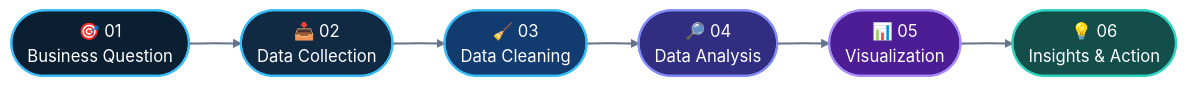
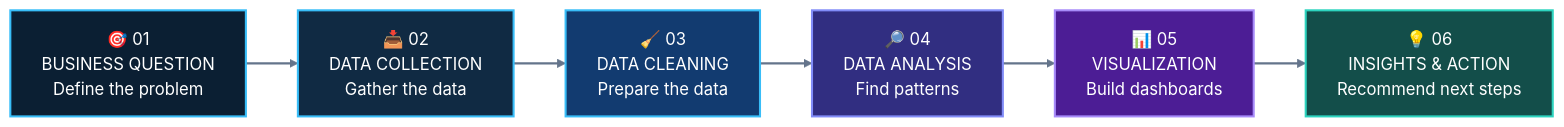
The diagram in README.md (awan-mansuri/awan-mansuri), drawn with Mermaid before and after one commit.

Commit message:
README.md

````diff
--- a/README.md
+++ b/README.md
@@ -184,20 +184,20 @@
 ```mermaid
 flowchart LR
-    A(["🎯 01<br/>Business Question"])
-    B(["📥 02<br/>Data Collection"])
-    C(["🧹 03<br/>Data Cleaning"])
-    D(["🔎 04<br/>Data Analysis"])
-    E(["📊 05<br/>Visualization"])
-    F(["💡 06<br/>Insights & Action"])
+    A["🎯 01<br/>BUSINESS QUESTION<br/>Define the problem"]
+    B["📥 02<br/>DATA COLLECTION<br/>Gather the data"]
+    C["🧹 03<br/>DATA CLEANING<br/>Prepare the data"]
+    D["🔎 04<br/>DATA ANALYSIS<br/>Find patterns"]
+    E["📊 05<br/>VISUALIZATION<br/>Build dashboards"]
+    F["💡 06<br/>INSIGHTS & ACTION<br/>Recommend next steps"]
 
     A --> B --> C --> D --> E --> F
 
     style A fill:#0B1F33,stroke:#38BDF8,stroke-width:2px,color:#FFFFFF
     style B fill:#102A43,stroke:#38BDF8,stroke-width:2px,color:#FFFFFF
     style C fill:#123B70,stroke:#38BDF8,stroke-width:2px,color:#FFFFFF
     style D fill:#312E81,stroke:#818CF8,stroke-width:2px,color:#FFFFFF
     style E fill:#4C1D95,stroke:#A78BFA,stroke-width:2px,color:#FFFFFF
     style F fill:#134E4A,stroke:#2DD4BF,stroke-width:2px,color:#FFFFFF
 
-    linkStyle 0,1,2,3,4 stroke:#64748B,stroke-width:2px
+    linkStyle default stroke:#64748B,stroke-width:2px
 ```
````
